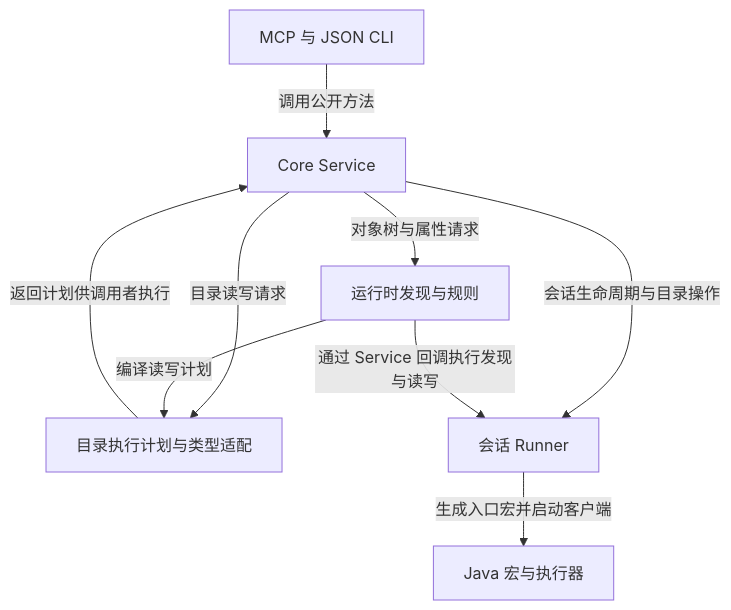
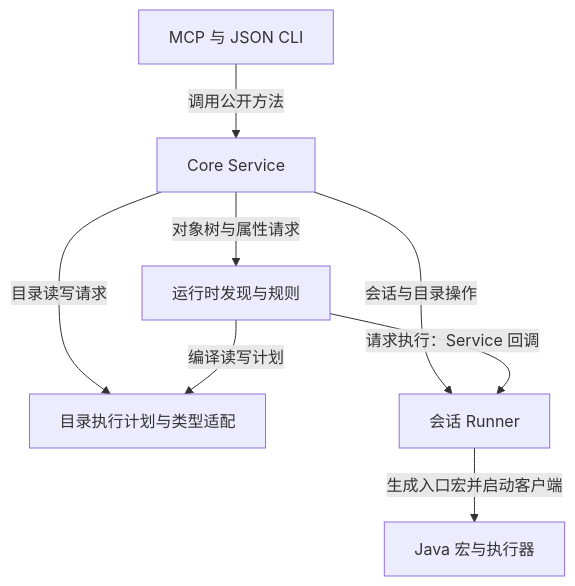
One commit to Laxpud/StarBridge changed the third of 3 diagrams in docs/tech/architecture.md. Above: the diagram before and after it, drawn with Mermaid. The commit also changed other lines of this file and 36 other files, not shown here.

````diff
--- a/docs/tech/architecture.md
+++ b/docs/tech/architecture.md
@@ -44,11 +44,10 @@
 ```mermaid
 flowchart TD
     entry["MCP 与 JSON CLI"] -->|调用公开方法| service["Core Service"]
     service -->|对象树与属性请求| discovery["运行时发现与规则"]
     service -->|目录读写请求| execution["目录执行计划与类型适配"]
     discovery -->|编译读写计划| execution
-    service -->|会话生命周期与目录操作| runner["会话 Runner"]
-    discovery -->|通过 Service 回调执行发现与读写| runner
-    execution -->|返回计划供调用者执行| service
+    service -->|会话与目录操作| runner["会话 Runner"]
+    discovery -->|请求执行：Service 回调| runner
     runner -->|生成入口宏并启动客户端| java["Java 宏与执行器"]
 ```
````
